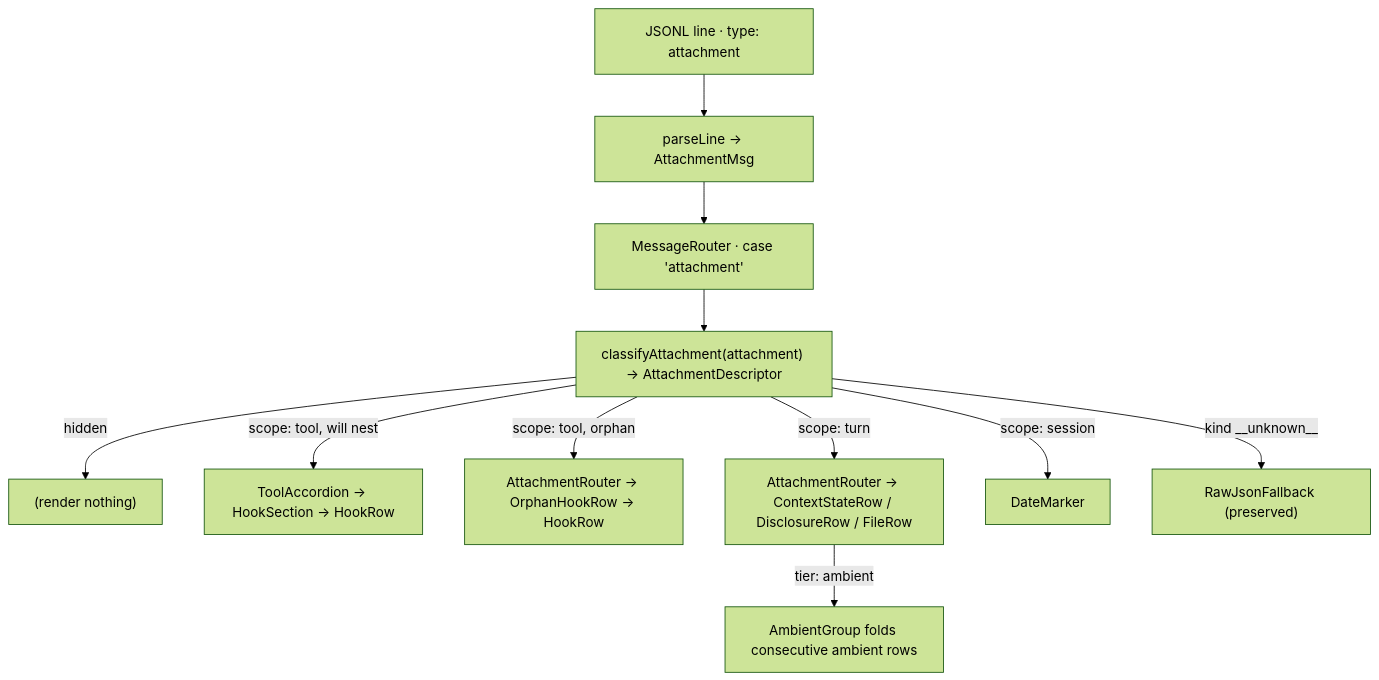
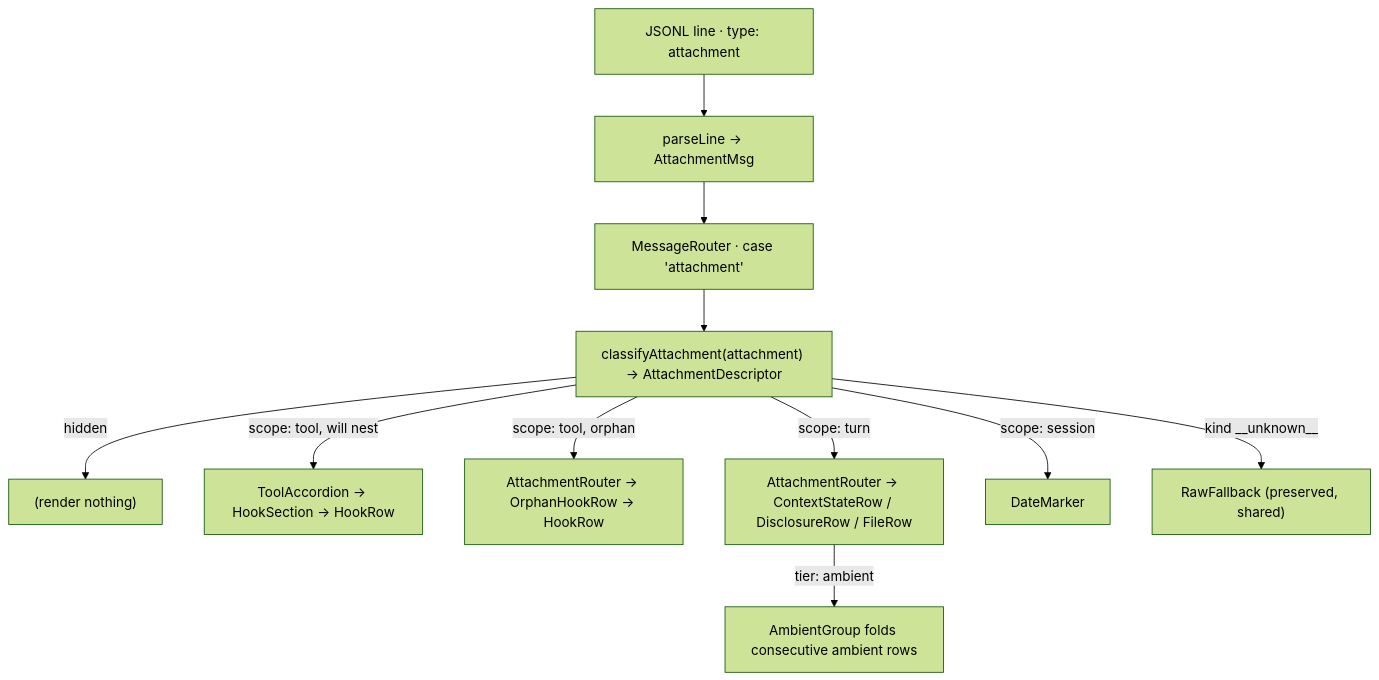
Before and after one commit to goodfoot-io/compare-branch-extension: the diagram in packages/default-configuration/src/streams/claude-code-session/attachment-rendering.md, drawn with Mermaid (forest theme). The commit also changed other lines of this file and 31 other files, not shown here.

````diff
--- a/packages/default-configuration/src/streams/claude-code-session/attachment-rendering.md
+++ b/packages/default-configuration/src/streams/claude-code-session/attachment-rendering.md
@@ -17,13 +17,13 @@
 ```mermaid
 flowchart TD
   L["JSONL line · type: attachment"] --> P["parseLine → AttachmentMsg"]
   P --> MR["MessageRouter · case 'attachment'"]
   MR --> C["classifyAttachment(attachment) → AttachmentDescriptor"]
   C -->|hidden| X["(render nothing)"]
   C -->|scope: tool, will nest| TA["ToolAccordion → HookSection → HookRow"]
   C -->|scope: tool, orphan| AR["AttachmentRouter → OrphanHookRow → HookRow"]
   C -->|scope: turn| AR2["AttachmentRouter → ContextStateRow / DisclosureRow / FileRow"]
   C -->|scope: session| DM["DateMarker"]
-  C -->|kind __unknown__| RJF["RawJsonFallback (preserved)"]
+  C -->|kind __unknown__| RF["RawFallback (preserved, shared)"]
   AR2 -->|tier: ambient| AG["AmbientGroup folds consecutive ambient rows"]
 ```
````
